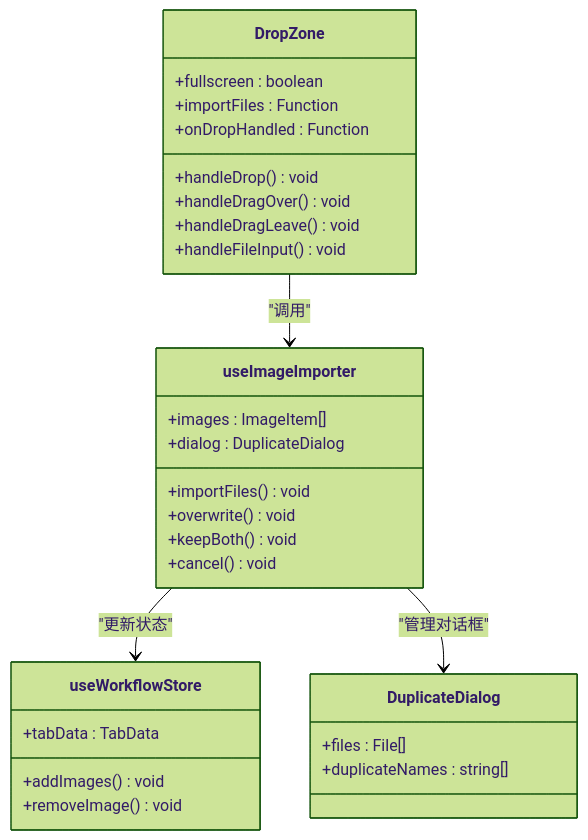
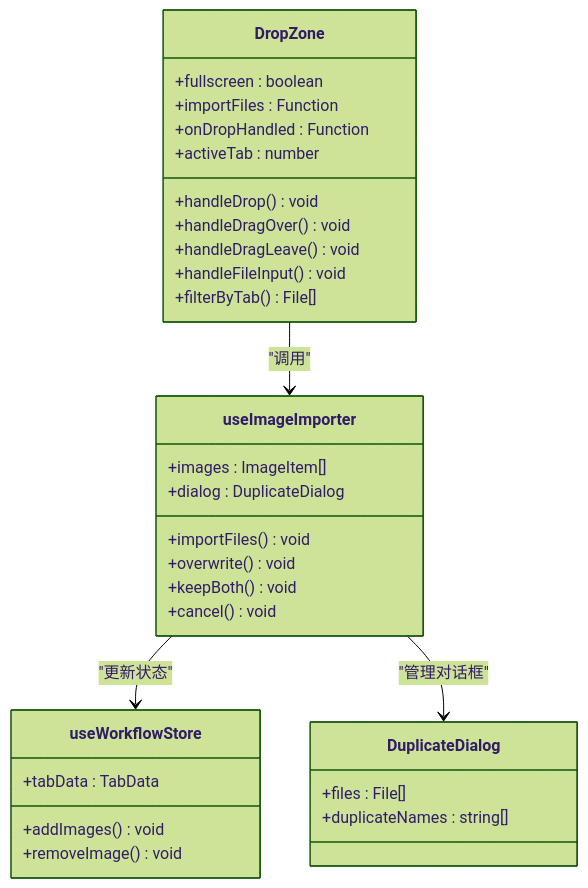
One commit to billye220670/CorineKit_Pix2Real changed the seventh of 13 diagrams in .qoder/repowiki/zh/content/用户界面组件/核心界面组件/拖拽上传区域 (DropZone).md. Above: the diagram before and after it, drawn with Mermaid (forest theme). The commit also changed other lines of this file and 13 other files, not shown here.

````diff
--- a/.qoder/repowiki/zh/content/用户界面组件/核心界面组件/拖拽上传区域 (DropZone).md
+++ b/.qoder/repowiki/zh/content/用户界面组件/核心界面组件/拖拽上传区域 (DropZone).md
@@ -271,32 +299,34 @@
 ```mermaid
 classDiagram
 class DropZone {
 +fullscreen : boolean
 +importFiles : Function
 +onDropHandled : Function
++activeTab : number
 +handleDrop() void
 +handleDragOver() void
 +handleDragLeave() void
 +handleFileInput() void
++filterByTab() File[]
 }
 class useImageImporter {
 +images : ImageItem[]
 +dialog : DuplicateDialog
 +importFiles() void
 +overwrite() void
 +keepBoth() void
 +cancel() void
 }
 class DuplicateDialog {
 +files : File[]
 +duplicateNames : string[]
 }
 class useWorkflowStore {
 +addImages() void
 +removeImage() void
 +tabData : TabData
 }
 DropZone --> useImageImporter : "调用"
 useImageImporter --> useWorkflowStore : "更新状态"
 useImageImporter --> DuplicateDialog : "管理对话框"
 ```
````
